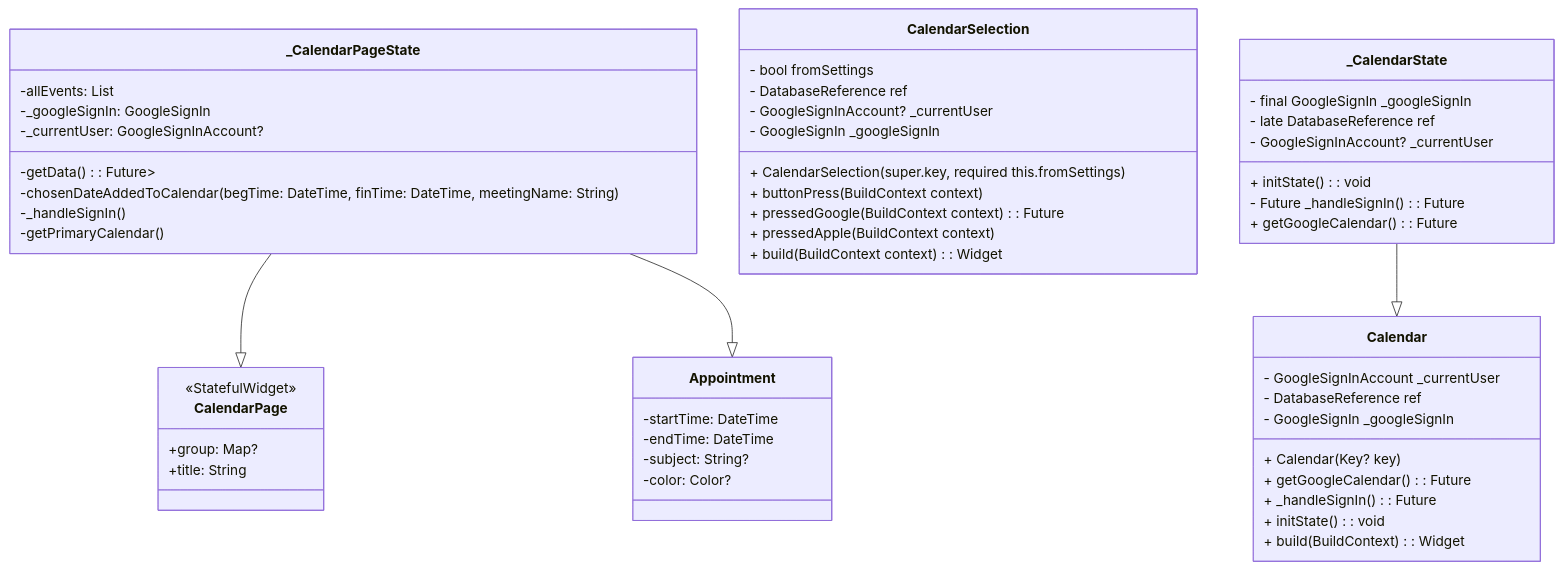
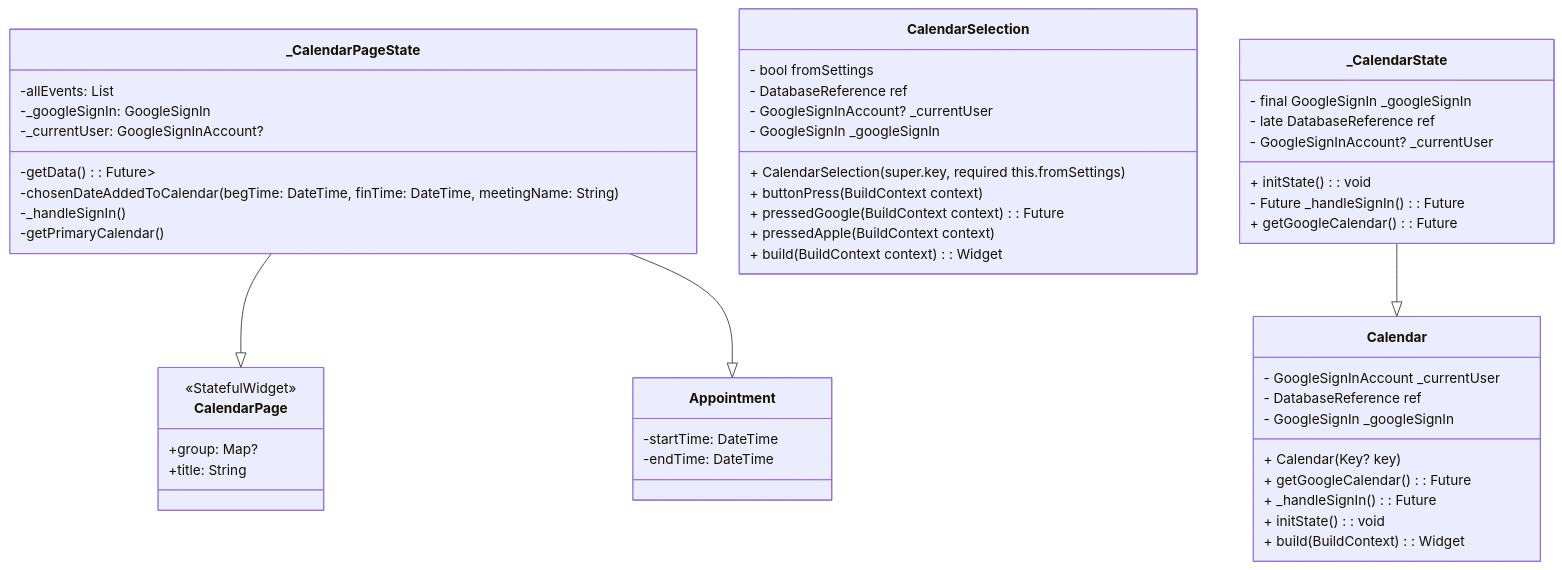
Before and after one commit to Capstone-Projects-2023-Spring/project-groupmeet: the first of 15 diagrams in documentation/docs/system-architecture/design.md, drawn with Mermaid. The commit also changed other lines of this file, not shown here.

````diff
--- a/documentation/docs/system-architecture/design.md
+++ b/documentation/docs/system-architecture/design.md
@@ -17,57 +17,55 @@
 ```mermaid
 classDiagram    
     class CalendarPage {
         <<StatefulWidget>>
         +group: Map<dynamic, dynamic>?
         +title: String
     }
     _CalendarPageState--|>CalendarPage
     class _CalendarPageState{
         -allEvents: List<Appointment>
         -getData(): Future<List<Appointment>>
         -chosenDateAddedToCalendar(begTime: DateTime, finTime: DateTime, meetingName: String)
         -_googleSignIn: GoogleSignIn
         -_currentUser: GoogleSignInAccount?
         -_handleSignIn()
         -getPrimaryCalendar()
     }
     class Appointment {
         -startTime: DateTime
         -endTime: DateTime
-        -subject: String?
-        -color: Color?
     }
     _CalendarPageState --|> Appointment
 
     class CalendarSelection {
         - bool fromSettings
         - DatabaseReference ref
         - GoogleSignInAccount? _currentUser
         - GoogleSignIn _googleSignIn
         + CalendarSelection(super.key, required this.fromSettings)
         + buttonPress(BuildContext context)
         + pressedGoogle(BuildContext context): Future<void>
         + pressedApple(BuildContext context)
         + build(BuildContext context): Widget
     }
 
     class Calendar {
         - GoogleSignInAccount _currentUser
         - DatabaseReference ref
         - GoogleSignIn _googleSignIn
         + Calendar(Key? key)
         + getGoogleCalendar() : Future<void>
         + _handleSignIn() : Future<void>
         + initState() : void
         + build(BuildContext) : Widget
     }
     class _CalendarState {
         + initState() : void
         - final GoogleSignIn _googleSignIn
         - Future<void> _handleSignIn() : Future<void>
         + getGoogleCalendar() : Future<void>
         - late DatabaseReference ref
         - GoogleSignInAccount? _currentUser
     }
     _CalendarState--|>Calendar
 ```
````
